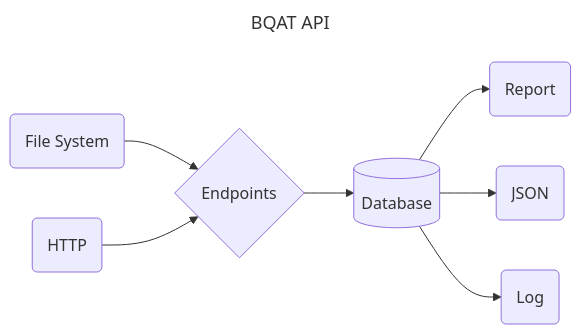
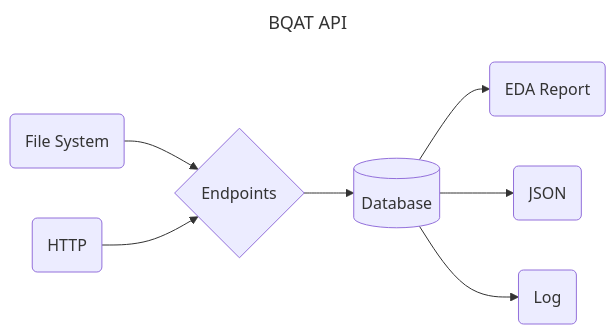
The fourth of 6 diagrams in index/framework.md (Biometix/biometix.github.io), drawn with Mermaid before and after one commit. The commit also changed other lines of this file and 2 other files, not shown here.

````diff
--- a/index/framework.md
+++ b/index/framework.md
@@ -64,12 +64,12 @@
 ``` mermaid
 ---
 title: BQAT API
 ---
 graph LR
     file(File System) --> api{Endpoints}
     upload(HTTP) --> api{Endpoints}
     api{Endpoints} --> db[(Database)]
-    db[(Database)] --> report(Report)
+    db[(Database)] --> report(EDA Report)
     db[(Database)] --> output(JSON)
     db[(Database)] --> log(Log)
 ```
````
